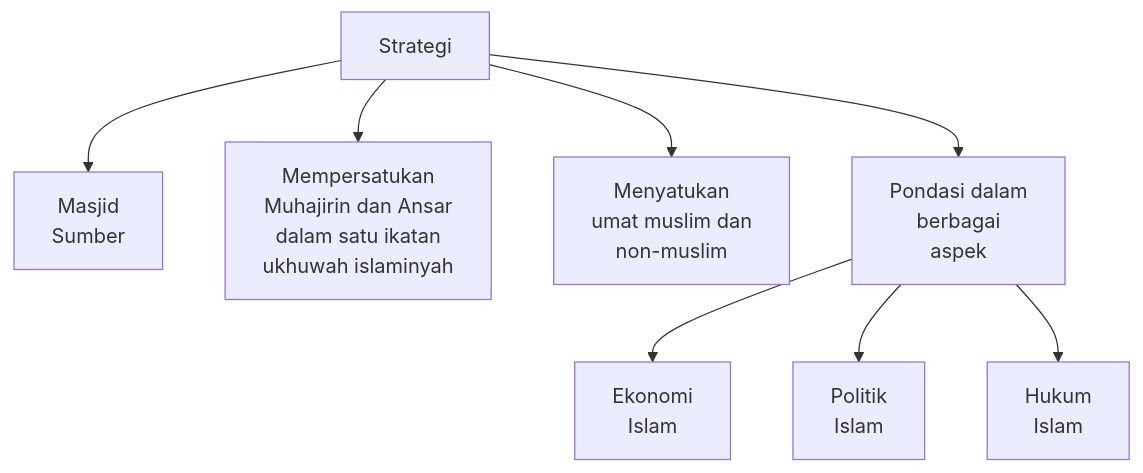
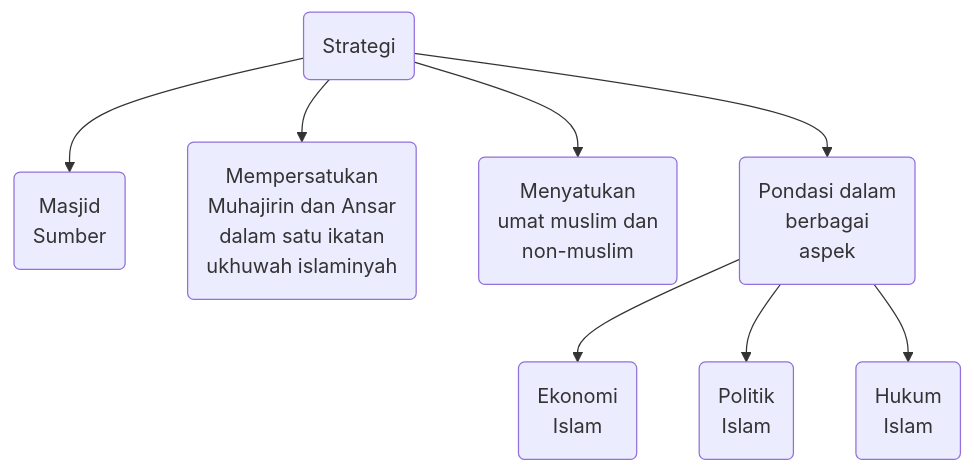
The first of 2 diagrams in src/Note/Agama/UAS.md (SyafaHadyan/learn), drawn with Mermaid before and after one commit. The commit also changed other lines of this file, not shown here.

````diff
--- a/src/Note/Agama/UAS.md
+++ b/src/Note/Agama/UAS.md
@@ -128,18 +128,18 @@
 ```mermaid
 graph TD
-a[Strategi]
-b[Masjid<br>Sumber]
-c[Mempersatukan<br>Muhajirin dan Ansar<br>dalam satu ikatan<br>ukhuwah islaminyah]
-d[Menyatukan<br>umat muslim dan<br>non-muslim]
-e[Pondasi dalam<br>berbagai<br>aspek]
-f[Ekonomi<br>Islam]
-g[Politik<br>Islam]
-h[Hukum<br>Islam]
+a(Strategi)
+b(Masjid<br>Sumber)
+c(Mempersatukan<br>Muhajirin dan Ansar<br>dalam satu ikatan<br>ukhuwah islaminyah)
+d(Menyatukan<br>umat muslim dan<br>non-muslim)
+e(Pondasi dalam<br>berbagai<br>aspek)
+f(Ekonomi<br>Islam)
+g(Politik<br>Islam)
+h(Hukum<br>Islam)
 a --> b
 a --> c
 a --> d
 a --> e
 e --> f
 e --> g
 e --> h
 ```
````
